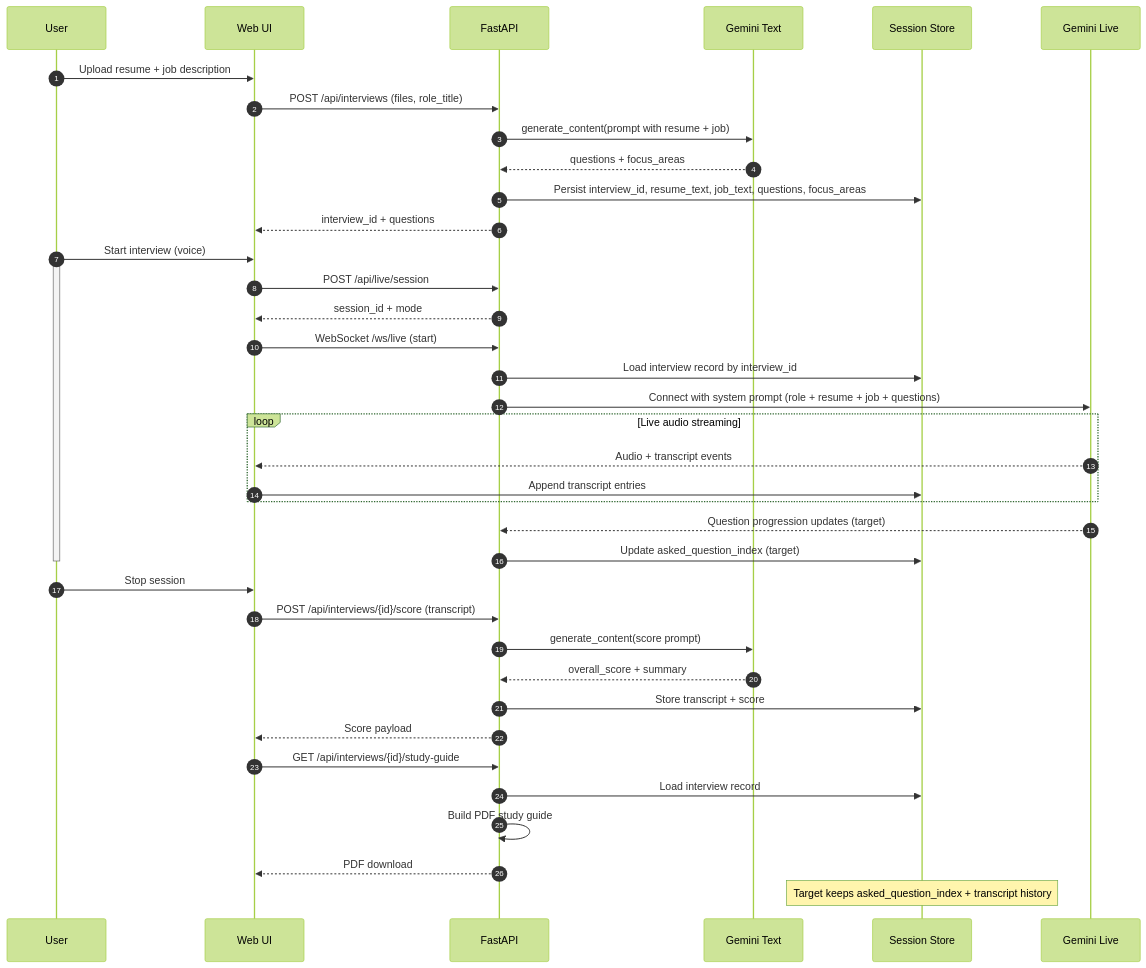
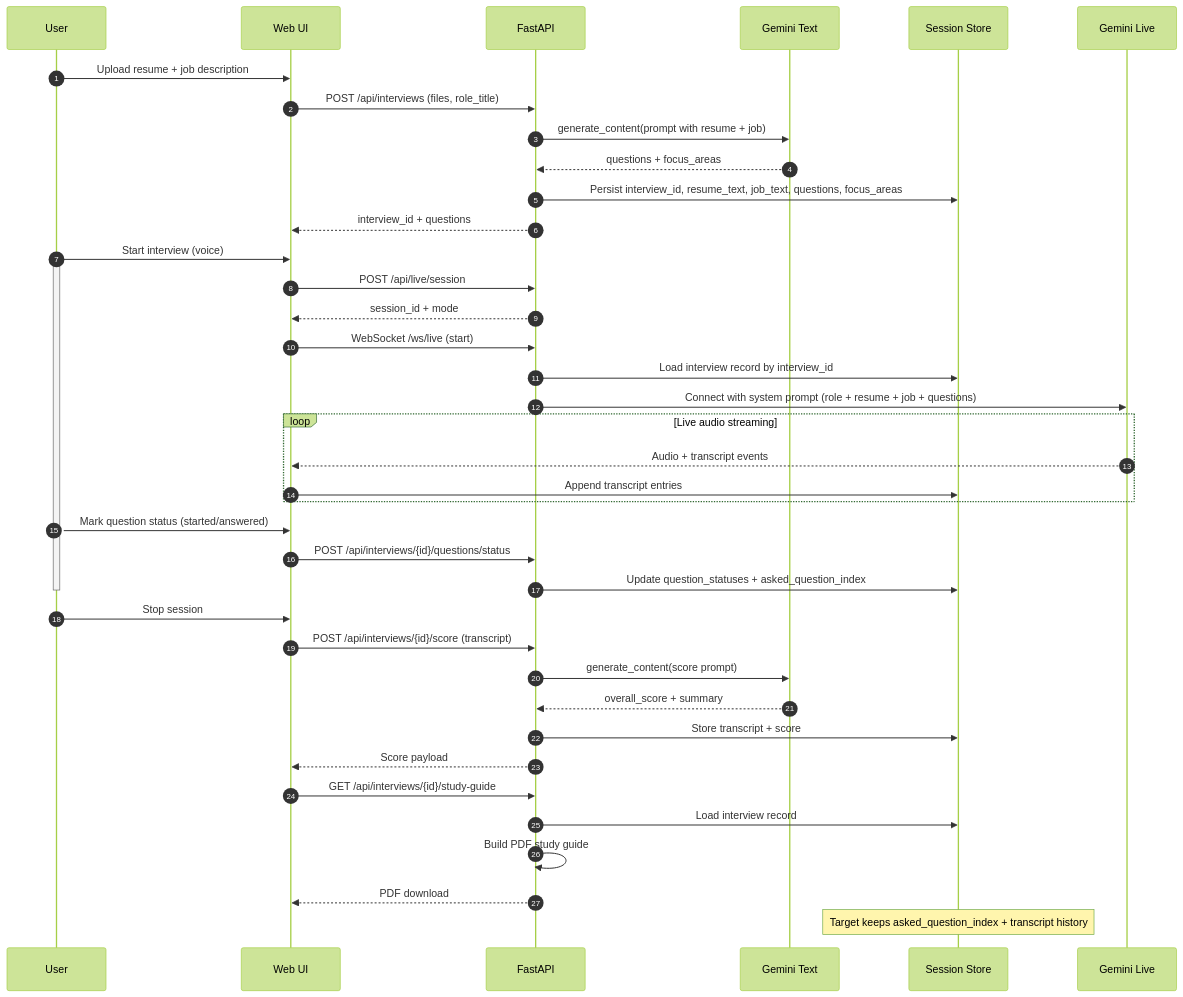
One commit to taylorparsons/PrepTalk changed the diagram in docs/plans/2026-01-12-live-context-mermaid.md. Above: the diagram before and after it, drawn with Mermaid (forest theme). The commit also changed other lines of this file and 15 other files, not shown here.

````diff
--- a/docs/plans/2026-01-12-live-context-mermaid.md
+++ b/docs/plans/2026-01-12-live-context-mermaid.md
@@ -3,45 +3,46 @@
 ```mermaid
 sequenceDiagram
     autonumber
     participant U as User
     participant UI as Web UI
     participant API as FastAPI
     participant TXT as Gemini Text
     participant S as Session Store
     participant LIVE as Gemini Live
 
     U->>UI: Upload resume + job description
     UI->>API: POST /api/interviews (files, role_title)
     API->>TXT: generate_content(prompt with resume + job)
     TXT-->>API: questions + focus_areas
     API->>S: Persist interview_id, resume_text, job_text, questions, focus_areas
     API-->>UI: interview_id + questions
 
     U->>UI: Start interview (voice)
     activate U
     UI->>API: POST /api/live/session
     API-->>UI: session_id + mode
     UI->>API: WebSocket /ws/live (start)
     API->>S: Load interview record by interview_id
     API->>LIVE: Connect with system prompt (role + resume + job + questions)
     loop Live audio streaming
         LIVE-->>UI: Audio + transcript events
         UI->>S: Append transcript entries
     end
-    LIVE-->>API: Question progression updates (target)
-    API->>S: Update asked_question_index (target)
+    U->>UI: Mark question status (started/answered)
+    UI->>API: POST /api/interviews/{id}/questions/status
+    API->>S: Update question_statuses + asked_question_index
     deactivate U
 
     U->>UI: Stop session
     UI->>API: POST /api/interviews/{id}/score (transcript)
     API->>TXT: generate_content(score prompt)
     TXT-->>API: overall_score + summary
     API->>S: Store transcript + score
     API-->>UI: Score payload
     UI->>API: GET /api/interviews/{id}/study-guide
     API->>S: Load interview record
     API->>API: Build PDF study guide
     API-->>UI: PDF download
 
     Note over S: Target keeps asked_question_index + transcript history
 ```
````
